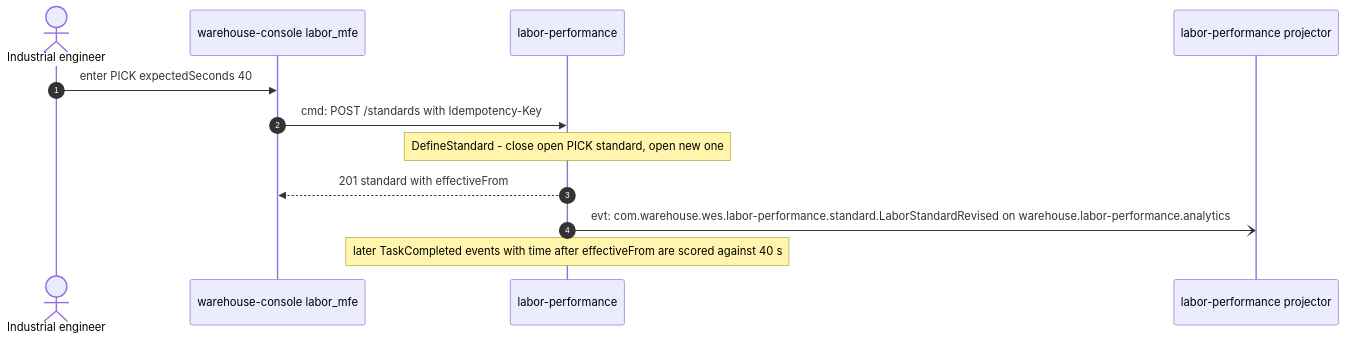
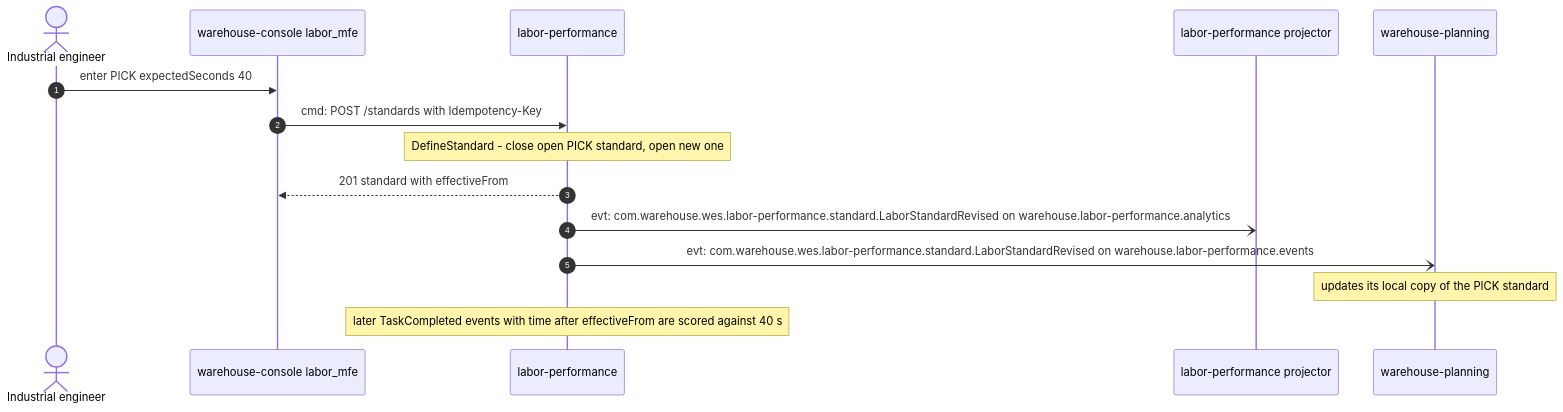
Before and after one commit to IQVO/labor-performance: the second of 4 diagrams in docs/docs/ddd/domain-message-flow.md, drawn with Mermaid. The commit also changed other lines of this file and 22 other files, not shown here.

````diff
--- a/docs/docs/ddd/domain-message-flow.md
+++ b/docs/docs/ddd/domain-message-flow.md
@@ -46,14 +46,17 @@
 ```mermaid
 sequenceDiagram
     autonumber
     actor IE as Industrial engineer
     participant UI as warehouse-console labor_mfe
     participant LP as labor-performance
     participant PRJ as labor-performance projector
+    participant WP as warehouse-planning
     IE->>UI: enter PICK expectedSeconds 40
     UI->>LP: cmd: POST /standards with Idempotency-Key
     Note over LP: DefineStandard - close open PICK standard, open new one
     LP-->>UI: 201 standard with effectiveFrom
     LP-)PRJ: evt: com.warehouse.wes.labor-performance.standard.LaborStandardRevised on warehouse.labor-performance.analytics
+    LP-)WP: evt: com.warehouse.wes.labor-performance.standard.LaborStandardRevised on warehouse.labor-performance.events
+    Note over WP: updates its local copy of the PICK standard
     Note over LP: later TaskCompleted events with time after effectiveFrom are scored against 40 s
 ```
````
